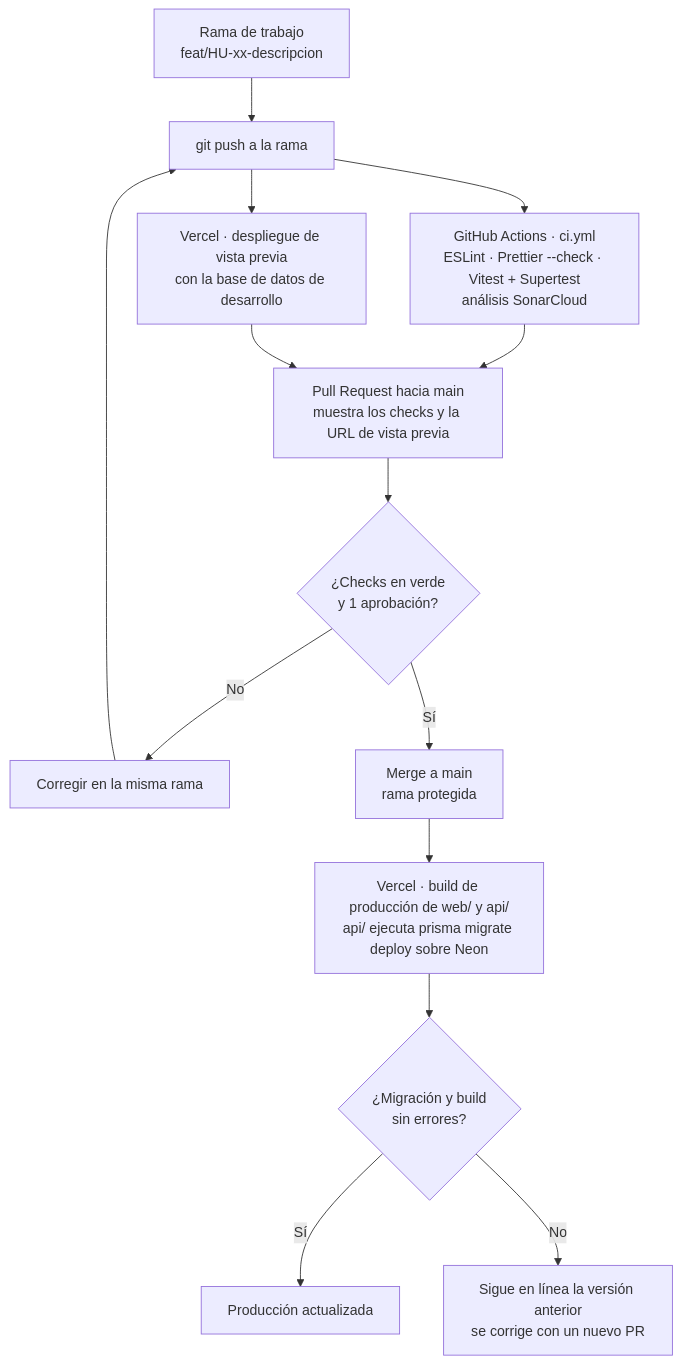
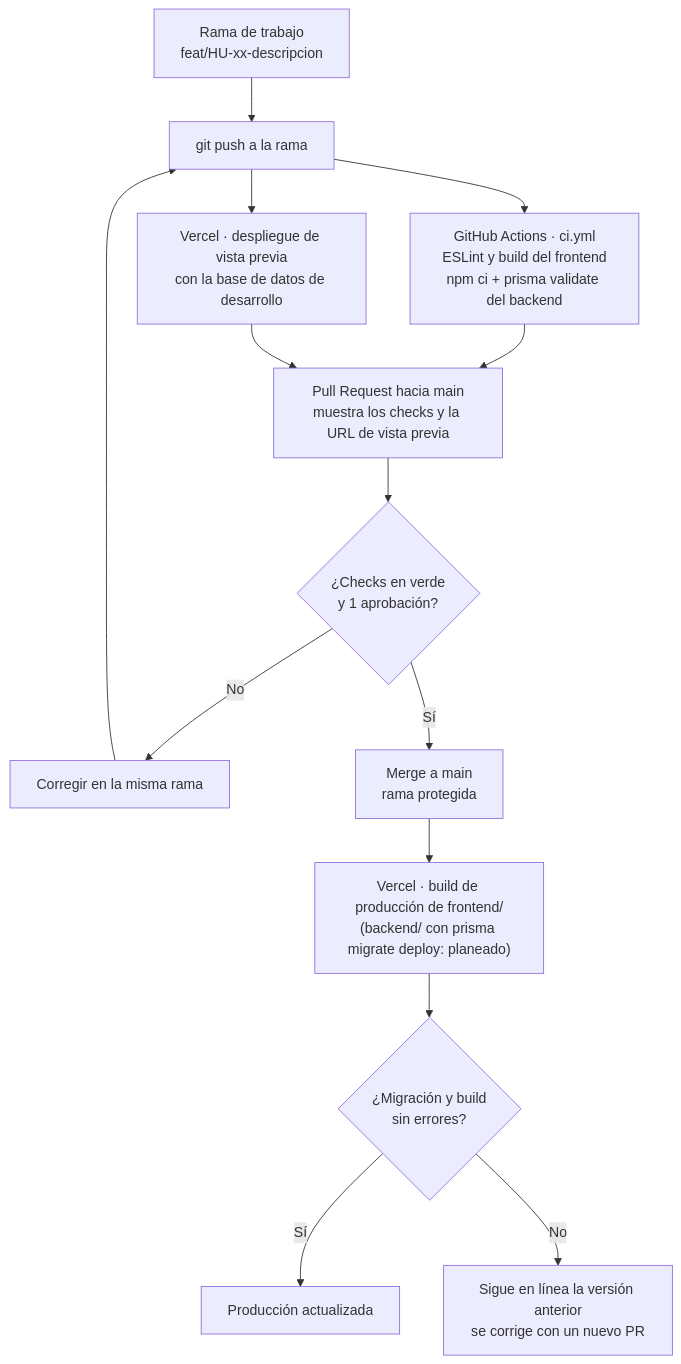
Before and after one commit to marianauribe57-art/web-design-apar-car: the second of 4 diagrams in README.md, drawn with Mermaid. The commit also changed other lines of this file, not shown here.

Commit message:
docs(readme): agrega enlace del video

````diff
--- a/README.md
+++ b/README.md
@@ -120,16 +125,16 @@
 ```mermaid
 flowchart TD
     A["Rama de trabajo<br/>feat/HU-xx-descripcion"] --> B["git push a la rama"]
-    B --> D["GitHub Actions · ci.yml<br/>ESLint · Prettier --check · Vitest + Supertest<br/>análisis SonarCloud"]
+    B --> D["GitHub Actions · ci.yml<br/>ESLint y build del frontend<br/>npm ci + prisma validate del backend"]
     B --> E["Vercel · despliegue de vista previa<br/>con la base de datos de desarrollo"]
     D --> C["Pull Request hacia main<br/>muestra los checks y la URL de vista previa"]
     E --> C
     C --> F{"¿Checks en verde<br/>y 1 aprobación?"}
     F -- No --> G["Corregir en la misma rama"]
     G --> B
     F -- Sí --> H["Merge a main<br/>rama protegida"]
-    H --> I["Vercel · build de producción de web/ y api/<br/>api/ ejecuta prisma migrate deploy sobre Neon"]
+    H --> I["Vercel · build de producción de frontend/<br/>(backend/ con prisma migrate deploy: planeado)"]
     I --> J{"¿Migración y build<br/>sin errores?"}
     J -- Sí --> K["Producción actualizada"]
     J -- No --> L["Sigue en línea la versión anterior<br/>se corrige con un nuevo PR"]
 ```
````
